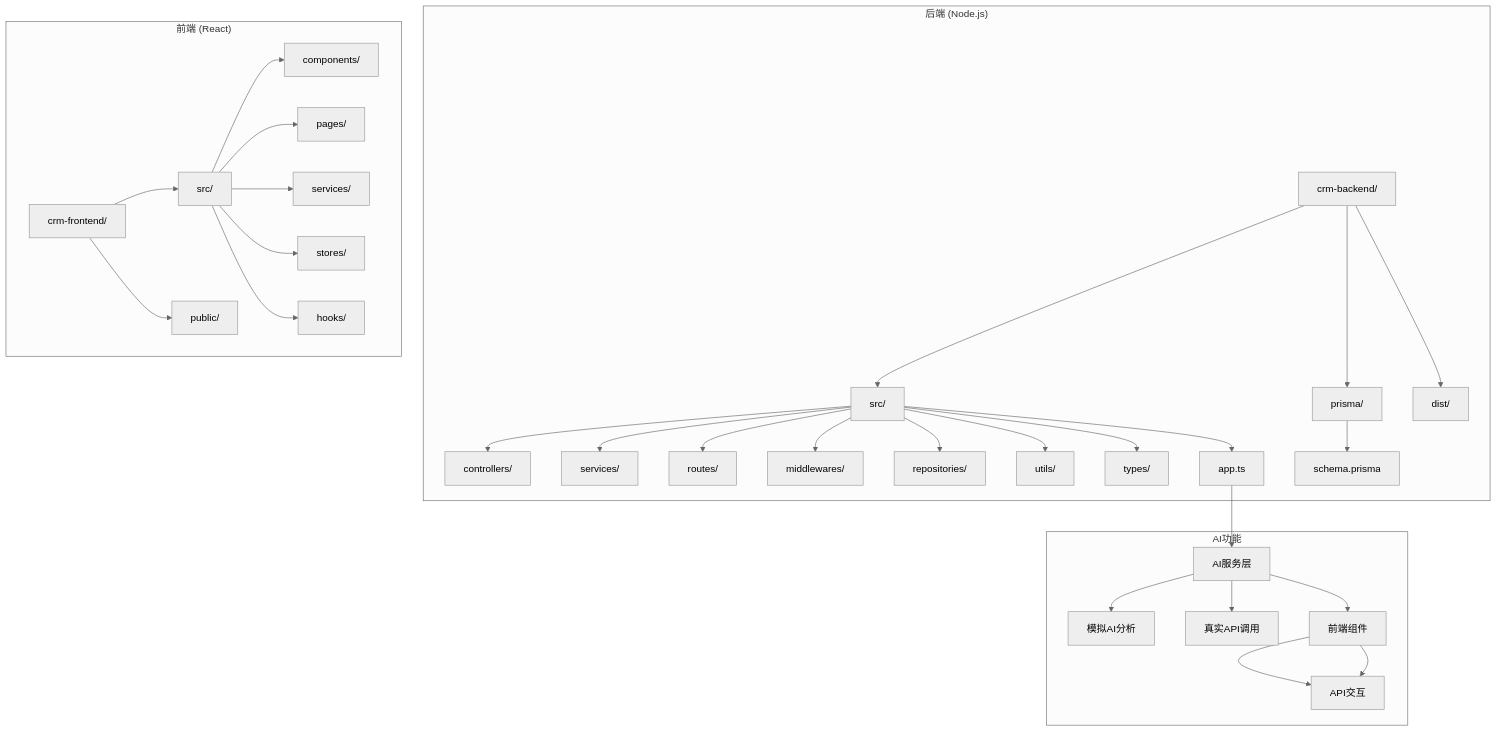
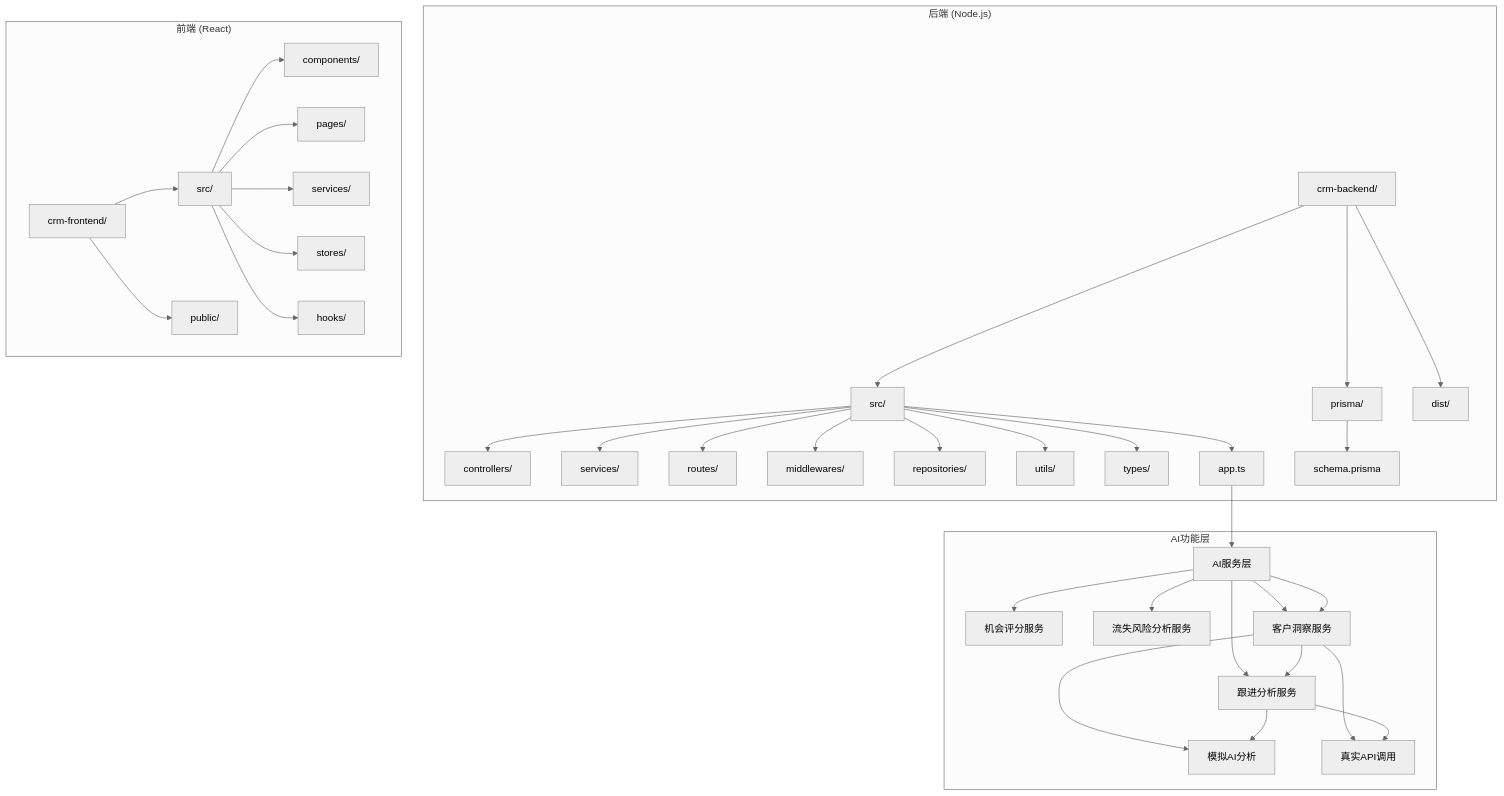
The first of 7 diagrams in .qoder/repowiki/zh/content/核心组件/AI助手.md (xianjianshenqu/SalesFlow-CRM), drawn with Mermaid (neutral theme) before and after one commit. The commit also changed other lines of this file and 36 other files, not shown here.

````diff
--- a/.qoder/repowiki/zh/content/核心组件/AI助手.md
+++ b/.qoder/repowiki/zh/content/核心组件/AI助手.md
@@ -46,34 +63,39 @@
 ```mermaid
 graph TB
 subgraph "后端 (Node.js)"
 A[crm-backend/] --> B[src/]
 A --> C[prisma/]
 A --> D[dist/]
 B --> E[controllers/]
 B --> F[services/]
 B --> G[routes/]
 B --> H[middlewares/]
 B --> I[repositories/]
 B --> J[utils/]
 B --> K[types/]
 B --> L[app.ts]
 C --> M[schema.prisma]
 end
 subgraph "前端 (React)"
 N[crm-frontend/] --> O[src/]
 N --> P[public/]
 O --> Q[components/]
 O --> R[pages/]
 O --> S[services/]
 O --> T[stores/]
 O --> U[hooks/]
 end
-subgraph "AI功能"
-V[AI服务层] --> W[模拟AI分析]
-V --> X[真实API调用]
-Y[前端组件] --> Z[API交互]
+subgraph "AI功能层"
+V[AI服务层] --> W[机会评分服务]
+V --> X[流失风险分析服务]
+V --> Y[客户洞察服务]
+V --> Z[跟进分析服务]
+Y --> AA[模拟AI分析]
+Y --> AB[真实API调用]
 end
 L --> V
 V --> Y
 Y --> Z
+Z --> AA
+Z --> AB
 ```
````
